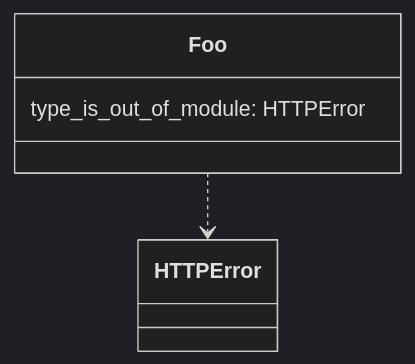
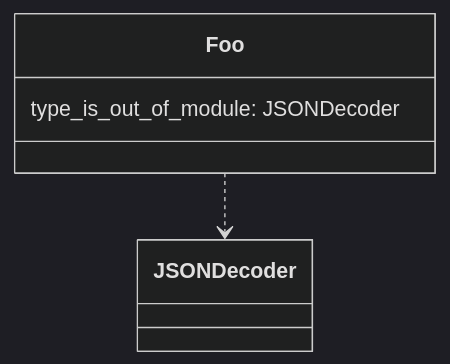
One commit to smarie/pydantic-2-mermaid changed the diagram in tests/issues/issue14.md. Above: the diagram before and after it, drawn with Mermaid (dark theme). The commit also changed 1 other file, not shown here.

Commit message:
Removed dependency of test to `requests`.

````diff
--- a/tests/issues/issue14.md
+++ b/tests/issues/issue14.md
@@ -1,11 +1,11 @@
 ```mermaid
 classDiagram
 
     class Foo {
-        type_is_out_of_module: HTTPError
+        type_is_out_of_module: JSONDecoder
     }
 
-    Foo ..> HTTPError
+    Foo ..> JSONDecoder
 
 
 ```
````
